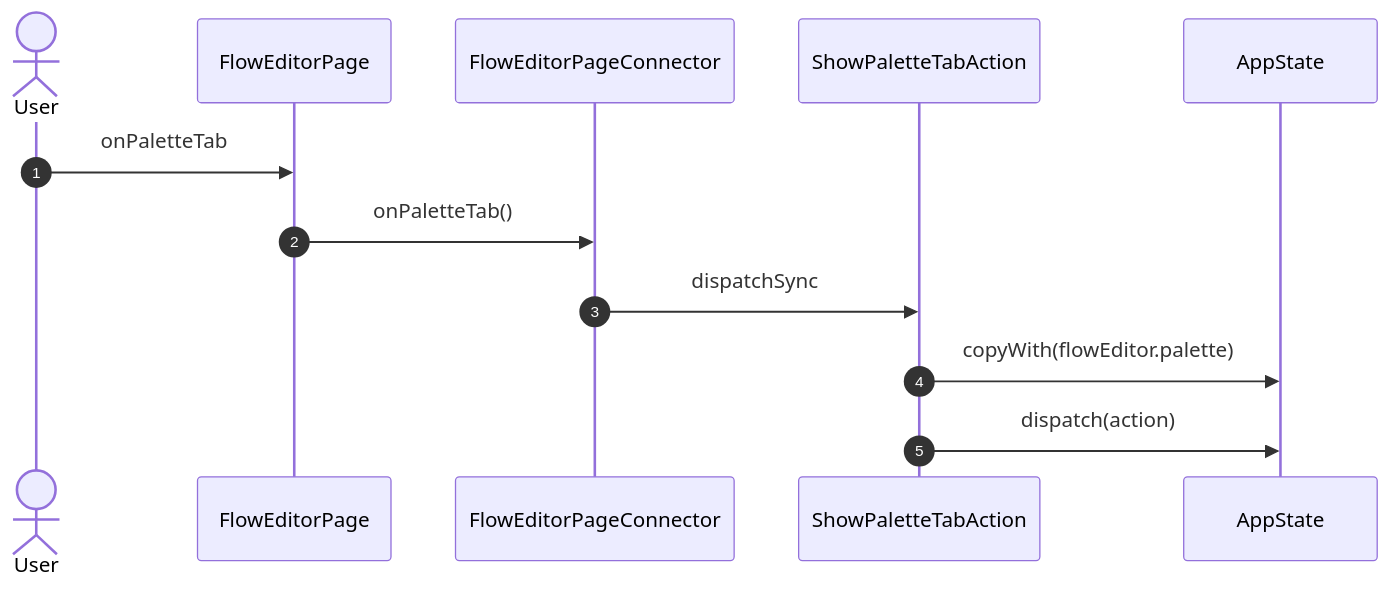
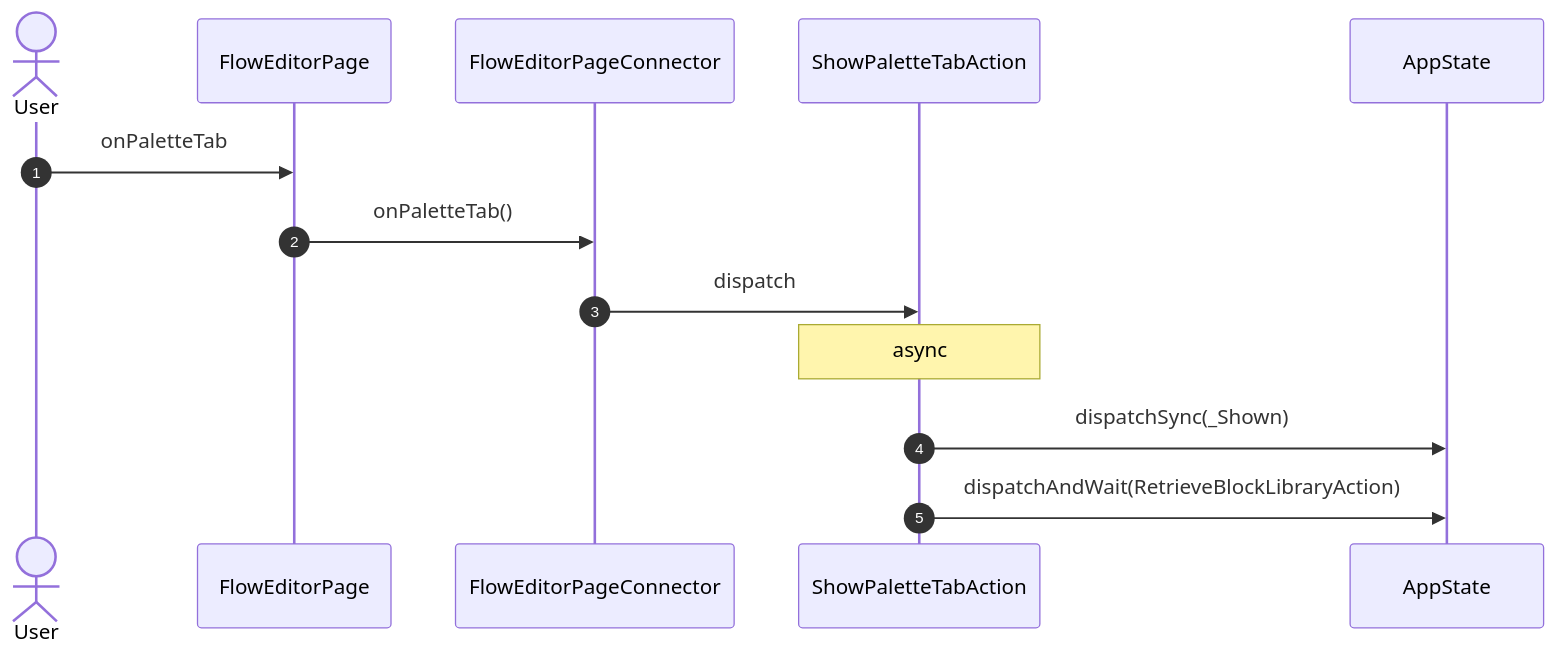
Before and after one commit to gencto/wyrm: diagram 22 of 41 in studio/docs/flows/flowEditor.md, drawn with Mermaid. The commit also changed other lines of this file and 52 other files, not shown here.

````diff
--- a/studio/docs/flows/flowEditor.md
+++ b/studio/docs/flows/flowEditor.md
@@ -373,15 +371,16 @@
 ```mermaid
 sequenceDiagram
     autonumber
     actor User
     participant UI as FlowEditorPage
     participant VM as FlowEditorPageConnector
     participant A1 as ShowPaletteTabAction
     participant ST as AppState
 
     User->>UI: onPaletteTab
     UI->>VM: onPaletteTab()
-    VM->>A1: dispatchSync
-    A1->>ST: copyWith(flowEditor.palette)
-    A1->>ST: dispatch(action)
+    VM->>A1: dispatch
+    Note over A1: async
+    A1->>ST: dispatchSync(_Shown)
+    A1->>ST: dispatchAndWait(RetrieveBlockLibraryAction)
 ```
````
